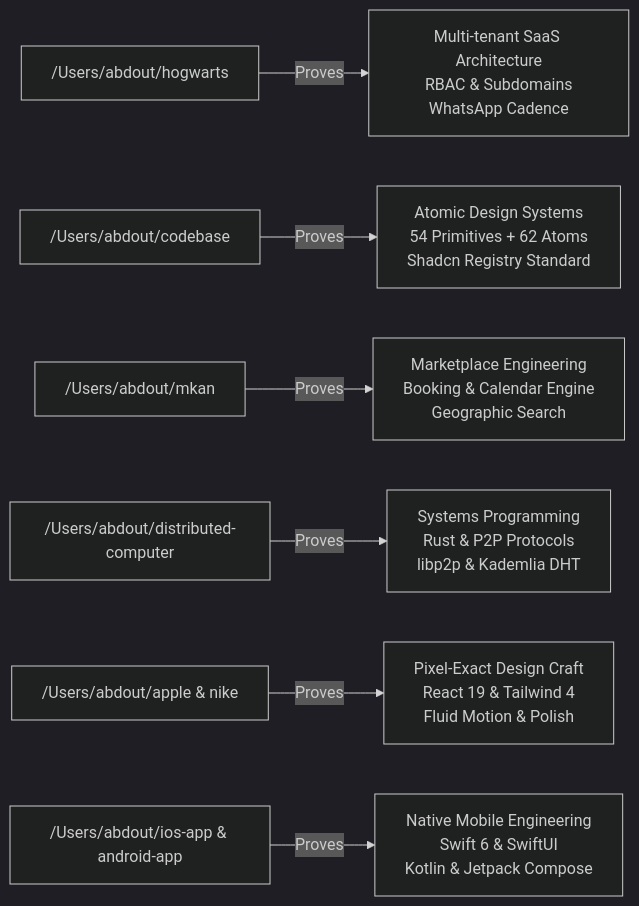
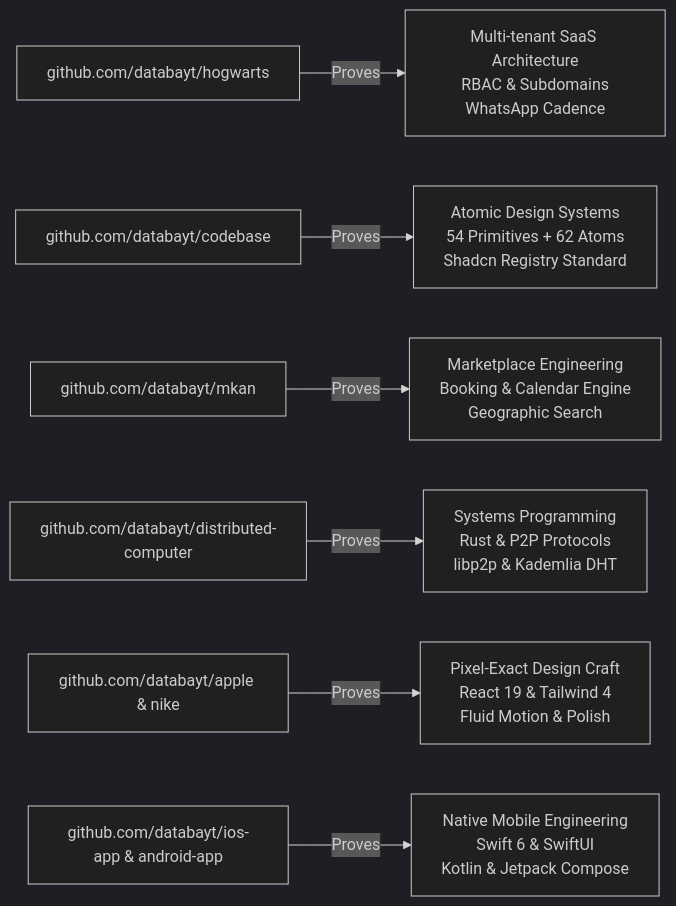
Before and after one commit to databayt/kun: the first of 2 diagrams in content/docs/jobs.mdx, drawn with Mermaid (dark theme). The commit also changed other lines of this file and 7 other files, not shown here.

````diff
--- a/content/docs/jobs.mdx
+++ b/content/docs/jobs.mdx
@@ -71,9 +80,9 @@
 ```mermaid
 graph LR
-    HOGWARTS["/Users/abdout/hogwarts"] -->|Proves| SAAS["Multi-tenant SaaS Architecture\nRBAC & Subdomains\nWhatsApp Cadence"]
-    CODEBASE["/Users/abdout/codebase"] -->|Proves| UI["Atomic Design Systems\n54 Primitives + 62 Atoms\nShadcn Registry Standard"]
-    MKAN["/Users/abdout/mkan"] -->|Proves| MKT["Marketplace Engineering\nBooking & Calendar Engine\nGeographic Search"]
-    DISTRIBUTED["/Users/abdout/distributed-computer"] -->|Proves| SYS["Systems Programming\nRust & P2P Protocols\nlibp2p & Kademlia DHT"]
-    APPLE["/Users/abdout/apple & nike"] -->|Proves| CRAFT["Pixel-Exact Design Craft\nReact 19 & Tailwind 4\nFluid Motion & Polish"]
-    MOBILE["/Users/abdout/ios-app & android-app"] -->|Proves| MOB["Native Mobile Engineering\nSwift 6 & SwiftUI\nKotlin & Jetpack Compose"]
+    HOGWARTS["github.com/databayt/hogwarts"] -->|Proves| SAAS["Multi-tenant SaaS Architecture\nRBAC & Subdomains\nWhatsApp Cadence"]
+    CODEBASE["github.com/databayt/codebase"] -->|Proves| UI["Atomic Design Systems\n54 Primitives + 62 Atoms\nShadcn Registry Standard"]
+    MKAN["github.com/databayt/mkan"] -->|Proves| MKT["Marketplace Engineering\nBooking & Calendar Engine\nGeographic Search"]
+    DISTRIBUTED["github.com/databayt/distributed-computer"] -->|Proves| SYS["Systems Programming\nRust & P2P Protocols\nlibp2p & Kademlia DHT"]
+    APPLE["github.com/databayt/apple & nike"] -->|Proves| CRAFT["Pixel-Exact Design Craft\nReact 19 & Tailwind 4\nFluid Motion & Polish"]
+    MOBILE["github.com/databayt/ios-app & android-app"] -->|Proves| MOB["Native Mobile Engineering\nSwift 6 & SwiftUI\nKotlin & Jetpack Compose"]
 ```
````
